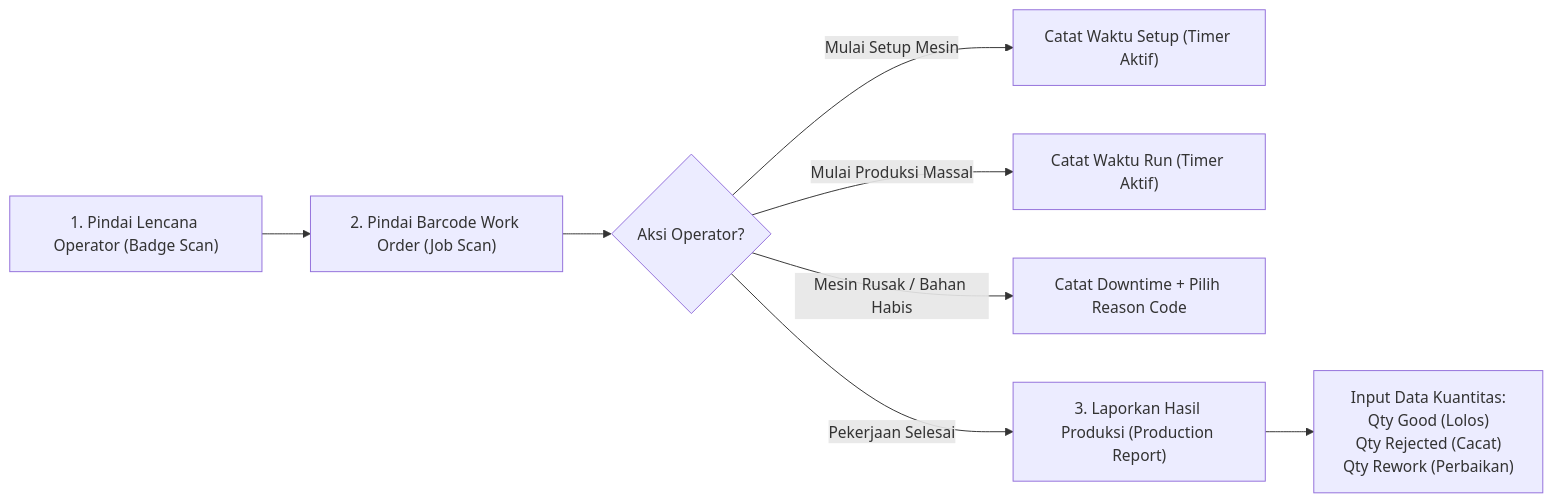
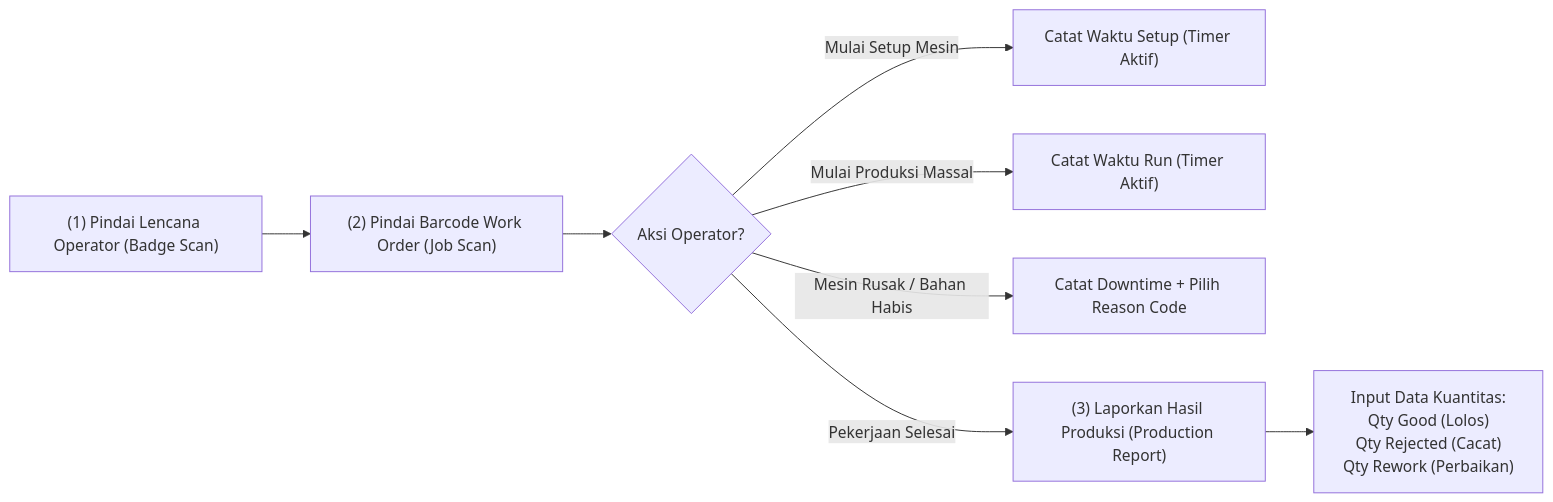
The second of 2 diagrams in content/06-manufacturing/shop-floor-execution.md (alimurrofid/erp-notes), drawn with Mermaid before and after one commit. The commit also changed other lines of this file and 132 other files, not shown here.

````diff
--- a/content/06-manufacturing/shop-floor-execution.md
+++ b/content/06-manufacturing/shop-floor-execution.md
@@ -66,13 +66,13 @@
 ```mermaid
 flowchart LR
-    Badge["1. Pindai Lencana Operator (Badge Scan)"]
-    --> Barcode["2. Pindai Barcode Work Order (Job Scan)"]
+    Badge["(1) Pindai Lencana Operator (Badge Scan)"]
+    --> Barcode["(2) Pindai Barcode Work Order (Job Scan)"]
     --> Action{"Aksi Operator?"}
     
     Action -- "Mulai Setup Mesin" --> Setup["Catat Waktu Setup (Timer Aktif)"]
     Action -- "Mulai Produksi Massal" --> Run["Catat Waktu Run (Timer Aktif)"]
     Action -- "Mesin Rusak / Bahan Habis" --> Down["Catat Downtime + Pilih Reason Code"]
-    Action -- "Pekerjaan Selesai" --> Finish["3. Laporkan Hasil Produksi (Production Report)"]
+    Action -- "Pekerjaan Selesai" --> Finish["(3) Laporkan Hasil Produksi (Production Report)"]
     
     Finish --> Inputs["Input Data Kuantitas:<br/>Qty Good (Lolos)<br/>Qty Rejected (Cacat)<br/>Qty Rework (Perbaikan)"]
 ```
````
